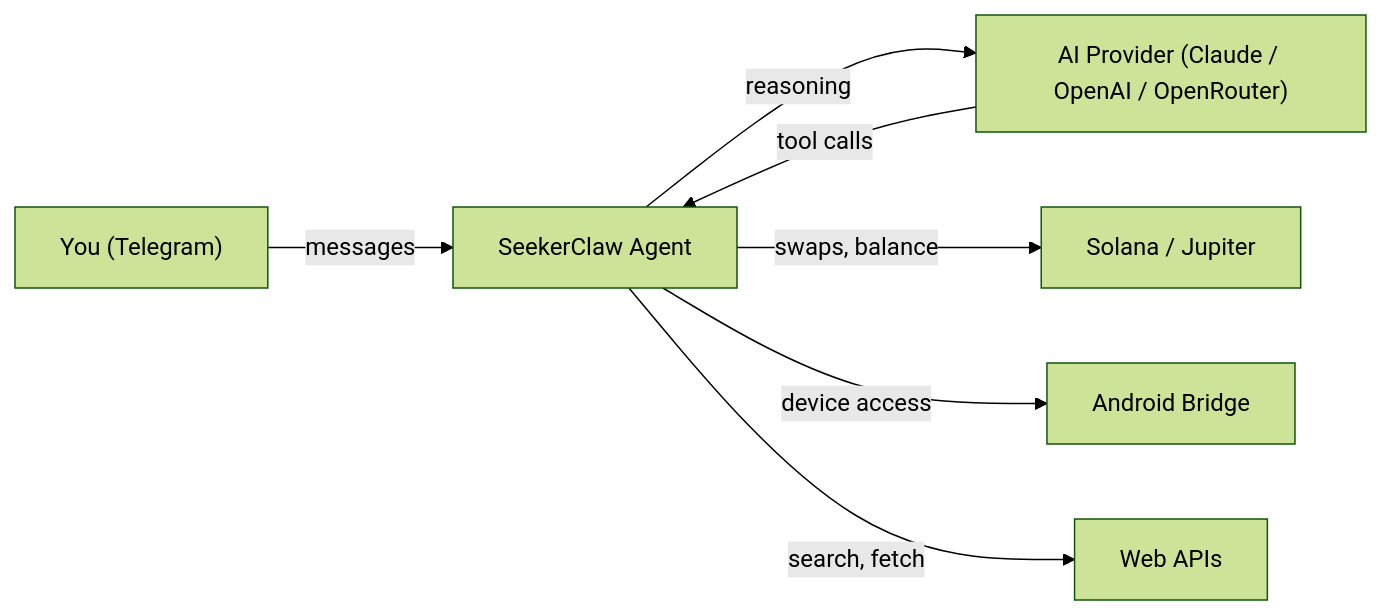
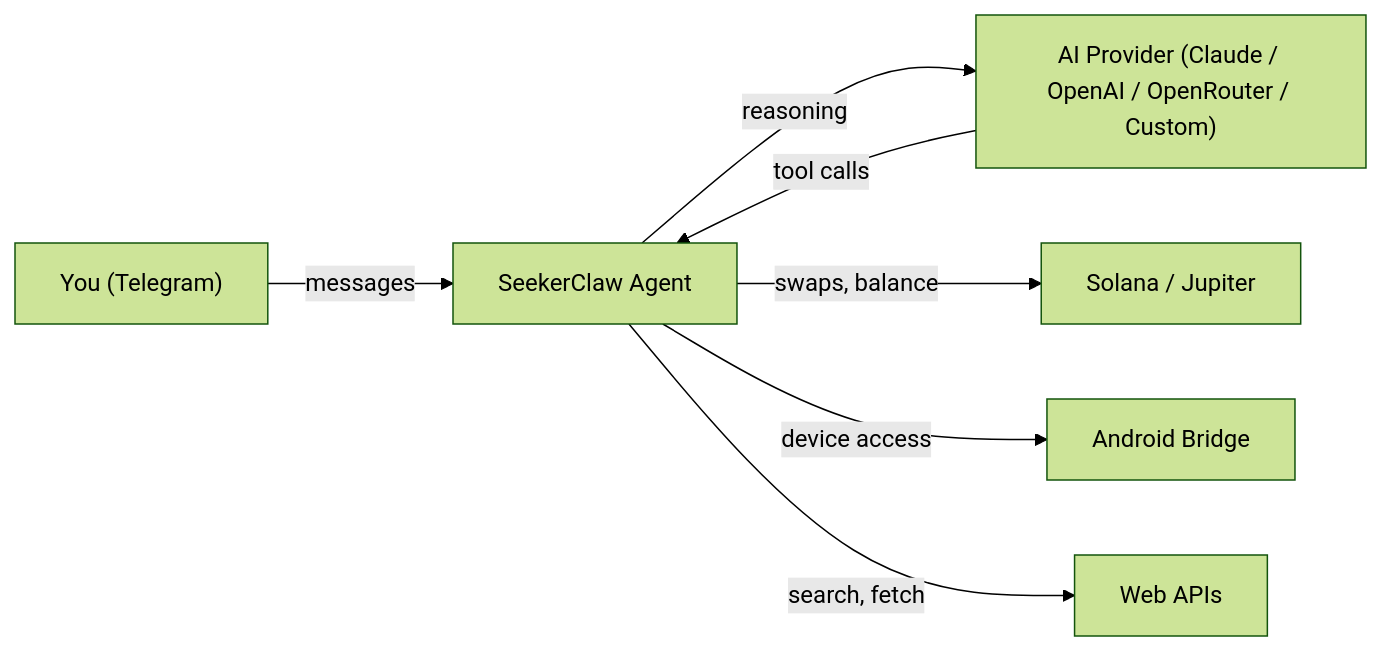
The diagram in README.md (sepivip/SeekerClaw), drawn with Mermaid (forest theme) before and after one commit. The commit also changed other lines of this file, not shown here.

Commit message:
docs: update README — 71 tools, Custom provider, ai.js rename, architecture refresh

````diff
--- a/README.md
+++ b/README.md
@@ -50,9 +50,9 @@
 ```mermaid
 graph LR
     You["You (Telegram)"] -->|messages| Agent["SeekerClaw Agent"]
-    Agent -->|reasoning| AI["AI Provider (Claude / OpenAI / OpenRouter)"]
+    Agent -->|reasoning| AI["AI Provider (Claude / OpenAI / OpenRouter / Custom)"]
     Agent -->|swaps, balance| Solana["Solana / Jupiter"]
     Agent -->|device access| Bridge["Android Bridge"]
     Agent -->|search, fetch| Web["Web APIs"]
     AI -->|tool calls| Agent
 ```
````
